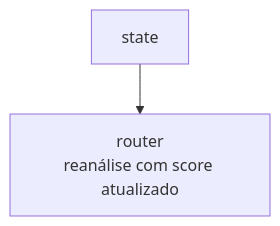
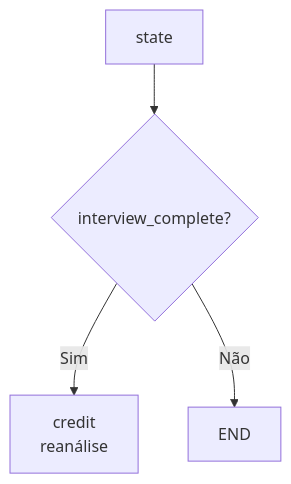
One commit to holdenoffmenn/desafio-t4h changed the sixth of 10 diagrams in docs/fluxogramas/parte-2-orquestracao.md. Above: the diagram before and after it, drawn with Mermaid. The commit also changed other lines of this file and 1 other file, not shown here.

First line of the commit message:
docs: mark Part 2 flowcharts validated and update README progress

````diff
--- a/docs/fluxogramas/parte-2-orquestracao.md
+++ b/docs/fluxogramas/parte-2-orquestracao.md
@@ -92,4 +98,6 @@
 ```mermaid
 flowchart TD
-    A[state] --> R[router<br/>reanálise com score atualizado]
+    A[state] --> C{interview_complete?}
+    C -- Sim --> CR[credit<br/>reanálise]
+    C -- Não --> W[END]
 ```
````
